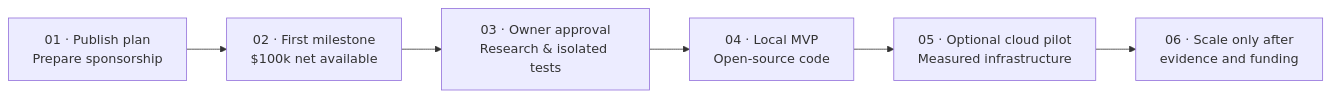
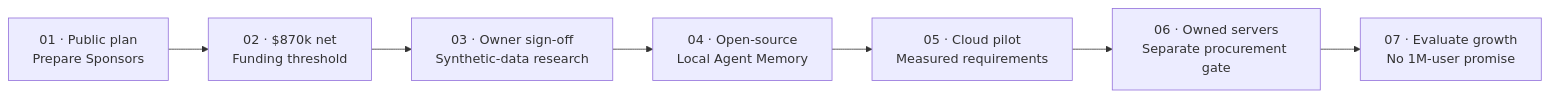
The second of 2 diagrams in README.md (abazawolf/agent-commons), drawn with Mermaid before and after one commit. The commit also changed other lines of this file, not shown here.

Commit message:
docs: align README.md with proposed $870,000 funding goal

````diff
--- a/README.md
+++ b/README.md
@@ -47,8 +65,9 @@
 ```mermaid
 flowchart LR
-    F["01 · Publish plan<br/>Prepare sponsorship"] --> G["02 · First milestone<br/>$100k net available"]
-    G --> R["03 · Owner approval<br/>Research & isolated tests"]
-    R --> P["04 · Local MVP<br/>Open-source code"]
-    P --> C["05 · Optional cloud pilot<br/>Measured infrastructure"]
-    C --> X["06 · Scale only after<br/>evidence and funding"]
+    A["01 · Public plan<br/>Prepare Sponsors"] --> B["02 · $870k net<br/>Funding threshold"]
+    B --> C["03 · Owner sign-off<br/>Synthetic-data research"]
+    C --> D["04 · Open-source<br/>Local Agent Memory"]
+    D --> E["05 · Cloud pilot<br/>Measured requirements"]
+    E --> F["06 · Owned servers<br/>Separate procurement gate"]
+    F --> G["07 · Evaluate growth<br/>No 1M-user promise"]
 ```
````
